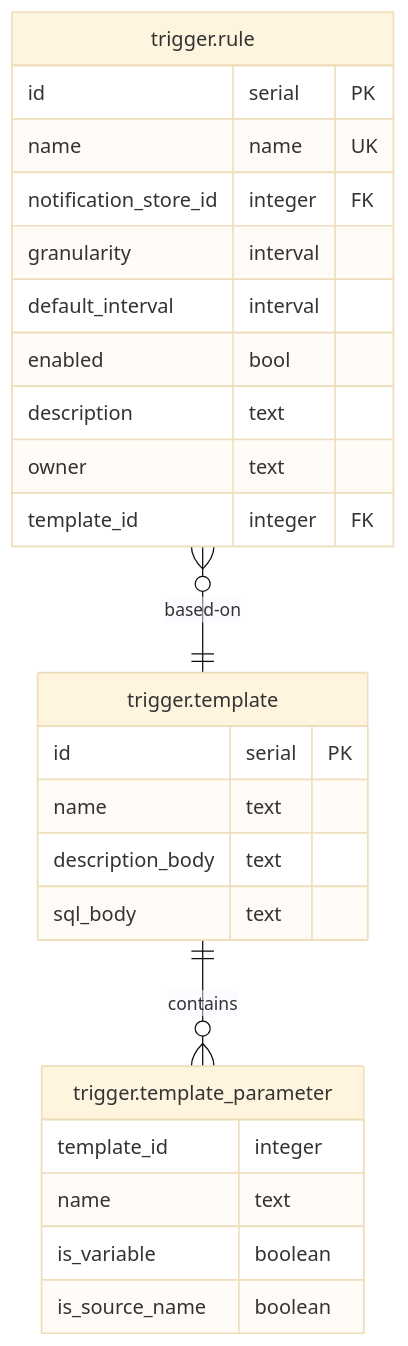
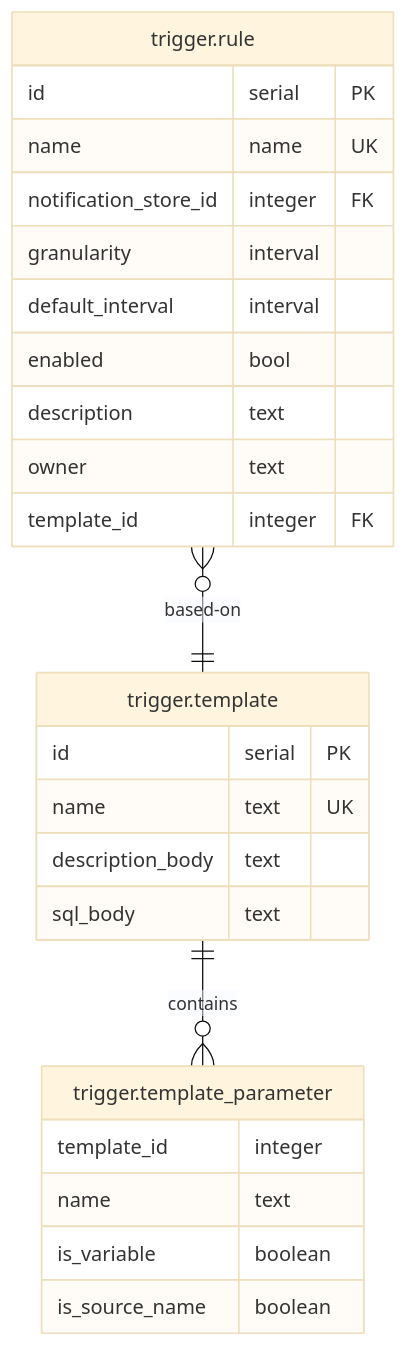
Before and after one commit to 1Optic/minerva: the diagram in documentation/design/src/notification_triggers.md, drawn with Mermaid (base theme). The commit also changed other lines of this file, not shown here.

````diff
--- a/documentation/design/src/notification_triggers.md
+++ b/documentation/design/src/notification_triggers.md
@@ -12,32 +12,32 @@
 ```mermaid
 erDiagram
     "trigger.rule" {
         id serial PK
         name name UK
         notification_store_id integer FK
         granularity interval
         default_interval interval
         enabled bool
         description text
         owner text
         template_id integer FK
     }
 
     "trigger.template" {
         id serial PK
-        name text
+        name text UK
         description_body text
         sql_body text
     }
 
 
     "trigger.template_parameter" {
         template_id integer
         name text
         is_variable boolean
         is_source_name boolean
     }
 
     "trigger.rule" }o--|| "trigger.template" : based-on
     "trigger.template" ||--o{ "trigger.template_parameter": contains
 ```
````
